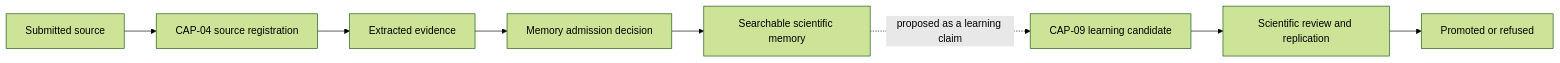
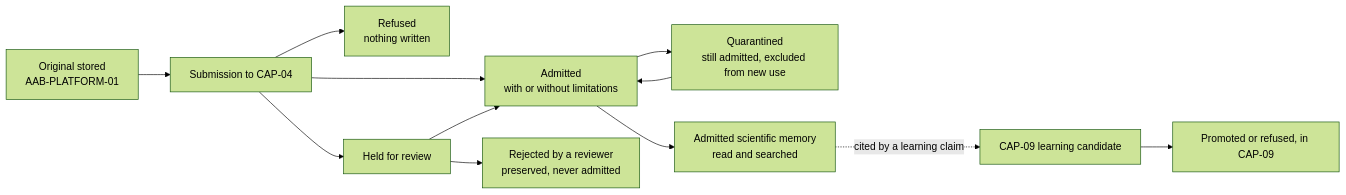
The diagram in governance/workstream-b/CAP-04-SCIENTIFIC-MEMORY-CANONICAL-CONTRACT-2026-09-20.md (AdvancedAgricultureBiometrix/aab-source-of-truth), drawn with Mermaid (forest theme) before and after one commit. The commit also changed other lines of this file and 3 other files, not shown here.

First line of the commit message:
CAP-04 canonical amendment (AGR step 1); AAB-PLATFORM-06: holding checks

````diff
--- a/governance/workstream-b/CAP-04-SCIENTIFIC-MEMORY-CANONICAL-CONTRACT-2026-09-20.md
+++ b/governance/workstream-b/CAP-04-SCIENTIFIC-MEMORY-CANONICAL-CONTRACT-2026-09-20.md
@@ -45,10 +105,14 @@
 ```mermaid
 flowchart LR
-    A[Submitted source] --> B[CAP-04 source registration]
-    B --> C[Extracted evidence]
-    C --> D[Memory admission decision]
-    D --> E[Searchable scientific memory]
-    E -. proposed as a learning claim .-> F[CAP-09 learning candidate]
-    F --> G[Scientific review and replication]
-    G --> H[Promoted or refused]
+    O[Original stored<br/>AAB-PLATFORM-01] --> S[Submission to CAP-04]
+    S --> R[Refused<br/>nothing written]
+    S --> H[Held for review]
+    S --> A[Admitted<br/>with or without limitations]
+    H --> A
+    H --> X[Rejected by a reviewer<br/>preserved, never admitted]
+    A --> Q[Quarantined<br/>still admitted, excluded from new use]
+    Q --> A
+    A --> M[Admitted scientific memory<br/>read and searched]
+    M -. cited by a learning claim .-> C[CAP-09 learning candidate]
+    C --> P[Promoted or refused, in CAP-09]
 ```
````
